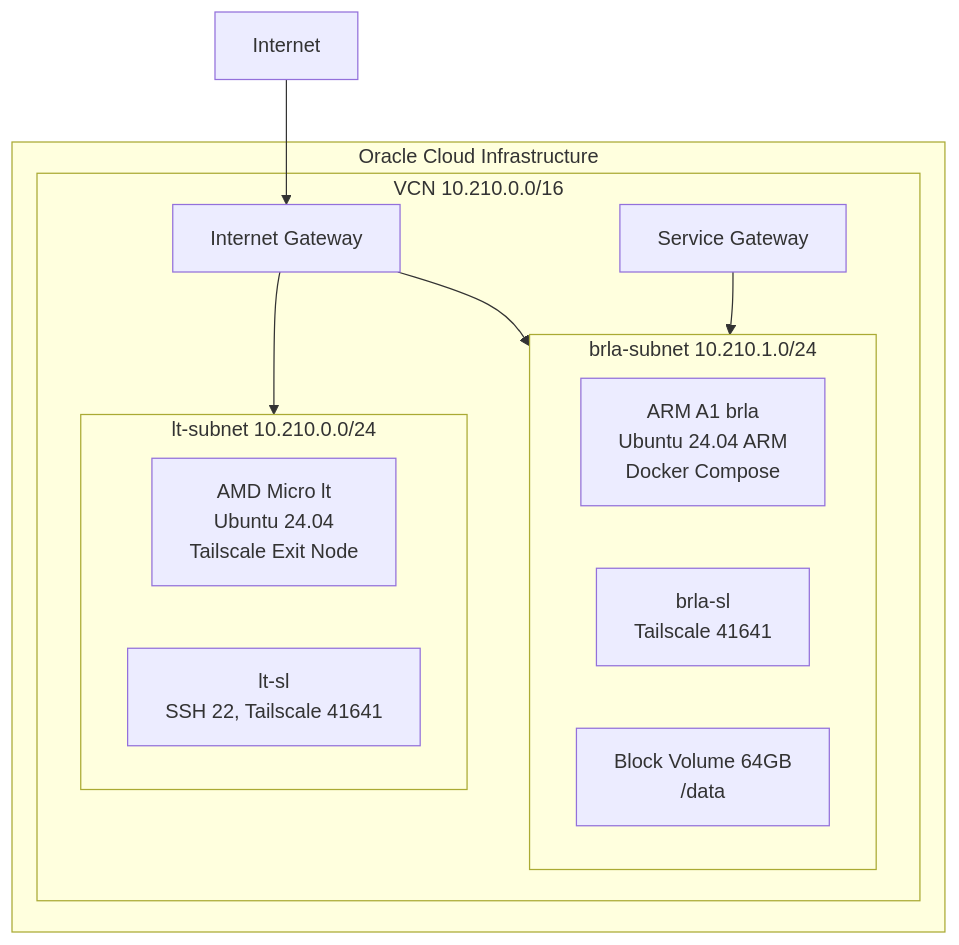
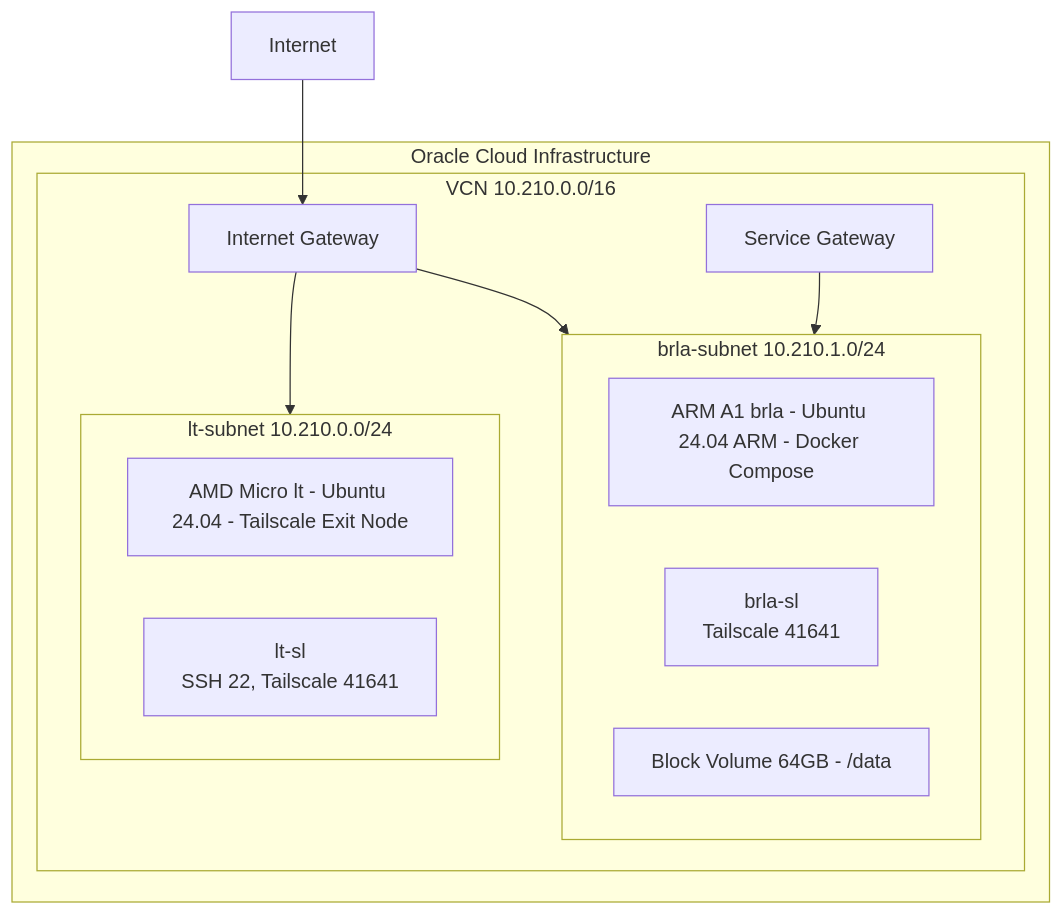
One commit to deuxksy/twenty-four-seven-three-sixty-five changed the diagram in CLAUDE.md. Above: the diagram before and after it, drawn with Mermaid. The commit also changed other lines of this file and 3 other files, not shown here.

````diff
--- a/CLAUDE.md
+++ b/CLAUDE.md
@@ -64,26 +65,26 @@
 ```mermaid
 graph TD
   subgraph OCI[Oracle Cloud Infrastructure]
     subgraph VCN[VCN 10.210.0.0/16]
       IGW[Internet Gateway]
       SGW[Service Gateway]
 
       subgraph lt-subnet[lt-subnet 10.210.0.0/24]
-        lt[AMD Micro lt<br/>Ubuntu 24.04<br/>Tailscale Exit Node]
+        lt[AMD Micro lt - Ubuntu 24.04 - Tailscale Exit Node]
         lt-sl[lt-sl<br/>SSH 22, Tailscale 41641]
       end
 
       subgraph brla-subnet[brla-subnet 10.210.1.0/24]
-        brla[ARM A1 brla<br/>Ubuntu 24.04 ARM<br/>Docker Compose]
+        brla[ARM A1 brla - Ubuntu 24.04 ARM - Docker Compose]
         brla-sl[brla-sl<br/>Tailscale 41641]
-        BV[Block Volume 64GB<br/>/data]
+        BV[Block Volume 64GB - /data]
       end
 
       IGW --> lt-subnet
       IGW --> brla-subnet
       SGW --> brla-subnet
     end
   end
 
   Internet --> IGW
 ```
````
